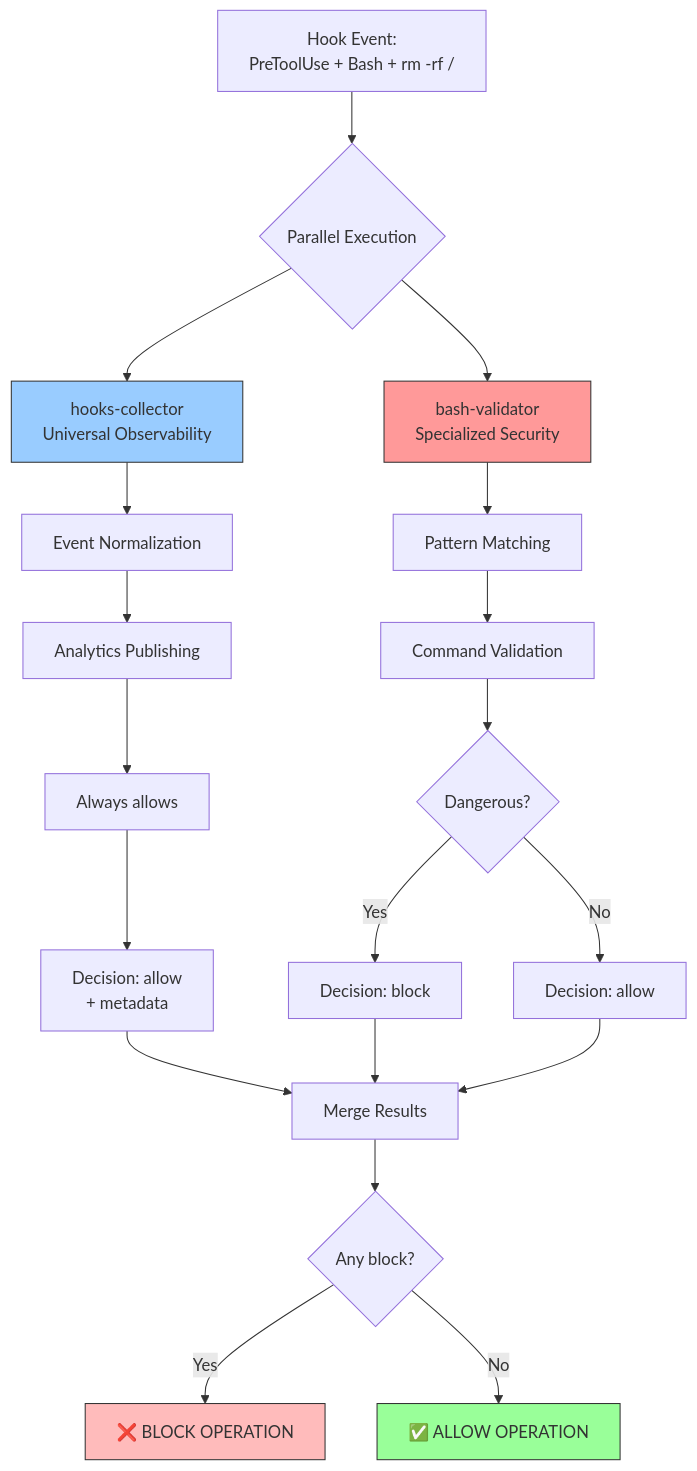
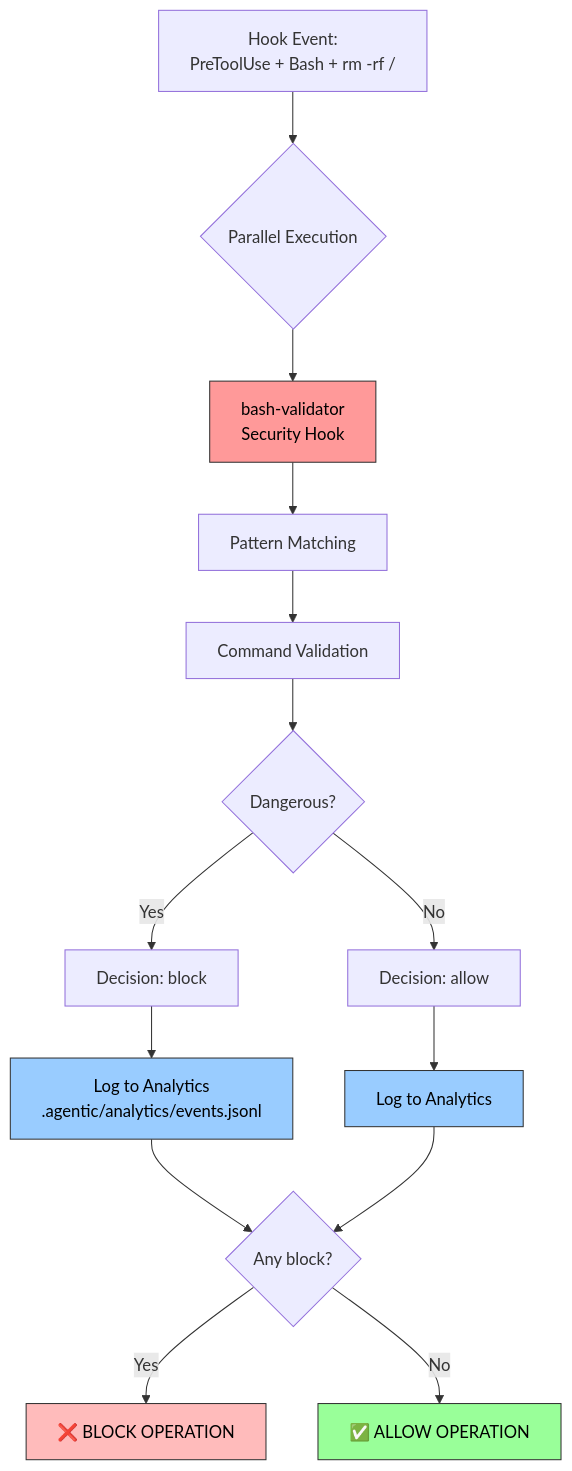
Before and after one commit to AgentParadise/agentic-primitives: the ninth of 12 diagrams in docs/architecture/hooks-system-overview.md, drawn with Mermaid. The commit also changed other lines of this file and 56 other files, not shown here.

First line of the commit message:
feat(hooks): implement self-logging analytics architecture

````diff
--- a/docs/architecture/hooks-system-overview.md
+++ b/docs/architecture/hooks-system-overview.md
@@ -271,31 +271,27 @@
 ```mermaid
 graph TD
     Event[Hook Event:<br/>PreToolUse + Bash + rm -rf /] --> Parallel{Parallel Execution}
     
-    Parallel --> Universal[hooks-collector<br/>Universal Observability]
-    Parallel --> Specialized[bash-validator<br/>Specialized Security]
+    Parallel --> Security[bash-validator<br/>Security Hook]
     
-    Universal --> U1[Event Normalization]
-    U1 --> U2[Analytics Publishing]
-    U2 --> U3[Always allows]
-    U3 --> UR[Decision: allow<br/>+ metadata]
-    
-    Specialized --> S1[Pattern Matching]
+    Security --> S1[Pattern Matching]
     S1 --> S2[Command Validation]
     S2 --> S3{Dangerous?}
     S3 -->|Yes| SR1[Decision: block]
     S3 -->|No| SR2[Decision: allow]
     
-    UR --> Merge[Merge Results]
-    SR1 --> Merge
-    SR2 --> Merge
+    SR1 --> Log1[Log to Analytics<br/>.agentic/analytics/events.jsonl]
+    SR2 --> Log2[Log to Analytics]
     
-    Merge --> Final{Any block?}
+    Log1 --> Final{Any block?}
+    Log2 --> Final
+    
     Final -->|Yes| Block[❌ BLOCK OPERATION]
     Final -->|No| Allow[✅ ALLOW OPERATION]
     
-    style Universal fill:#9cf,stroke:#333
-    style Specialized fill:#f99,stroke:#333
-    style Block fill:#fbb,stroke:#333
-    style Allow fill:#9f9,stroke:#333
+    style Security fill:#f99,stroke:#333,color:#000
+    style Log1 fill:#9cf,stroke:#333,color:#000
+    style Log2 fill:#9cf,stroke:#333,color:#000
+    style Block fill:#fbb,stroke:#333,color:#000
+    style Allow fill:#9f9,stroke:#333,color:#000
 ```
````
